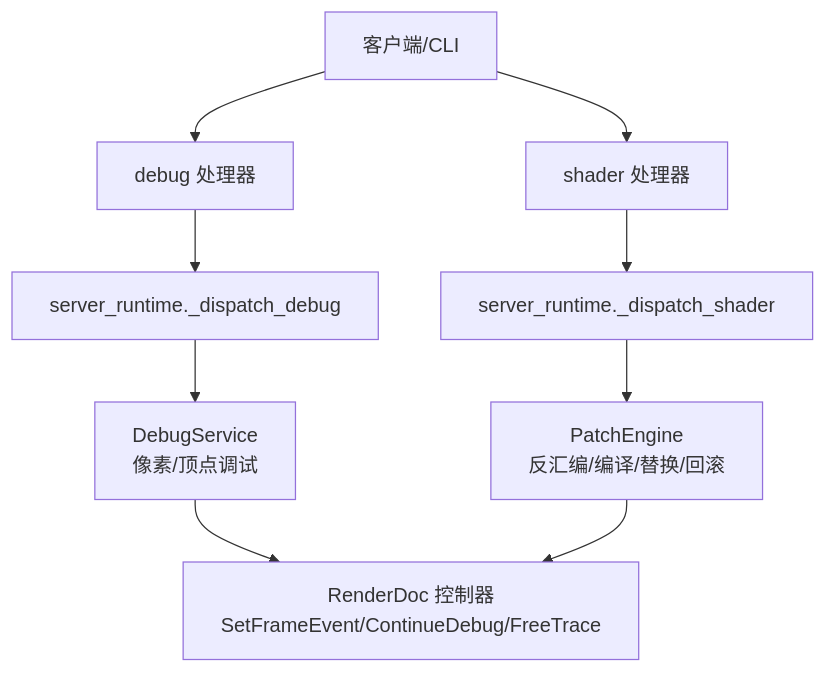
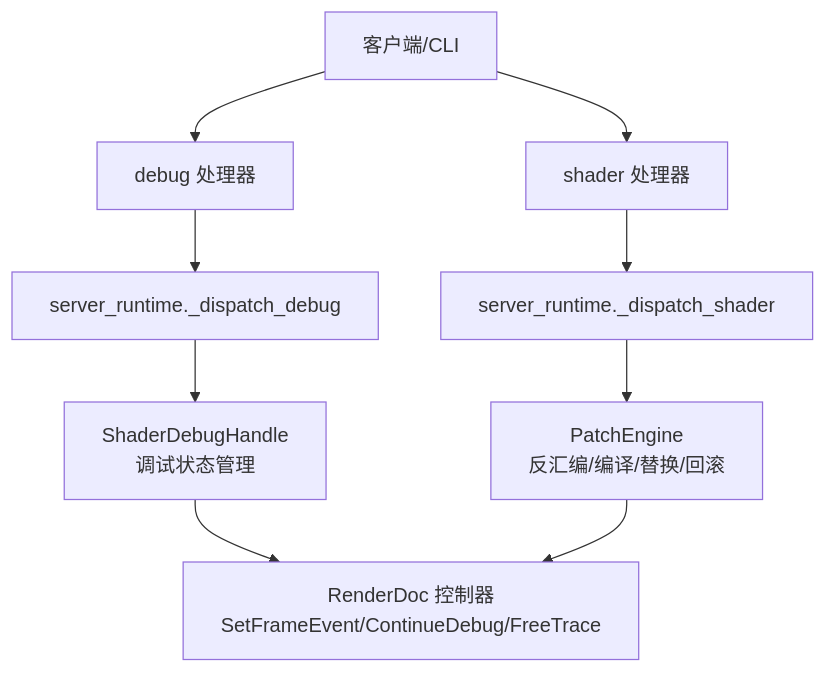
Before and after one commit to haolange/RDC-Tool: the first of 7 diagrams in .qoder/repowiki/zh/content/处理器模块/Shader调试处理器.md, drawn with Mermaid. The commit also changed other lines of this file and 79 other files, not shown here.

````diff
--- a/.qoder/repowiki/zh/content/处理器模块/Shader调试处理器.md
+++ b/.qoder/repowiki/zh/content/处理器模块/Shader调试处理器.md
@@ -42,11 +55,11 @@
 ```mermaid
 graph TB
 A["客户端/CLI"] --> B["shader 处理器"]
 A --> C["debug 处理器"]
 B --> D["server_runtime._dispatch_shader"]
 C --> E["server_runtime._dispatch_debug"]
 D --> F["PatchEngine<br/>反汇编/编译/替换/回滚"]
-E --> G["DebugService<br/>像素/顶点调试"]
+E --> G["ShaderDebugHandle<br/>调试状态管理"]
 G --> H["RenderDoc 控制器<br/>SetFrameEvent/ContinueDebug/FreeTrace"]
 F --> H
 ```
````
